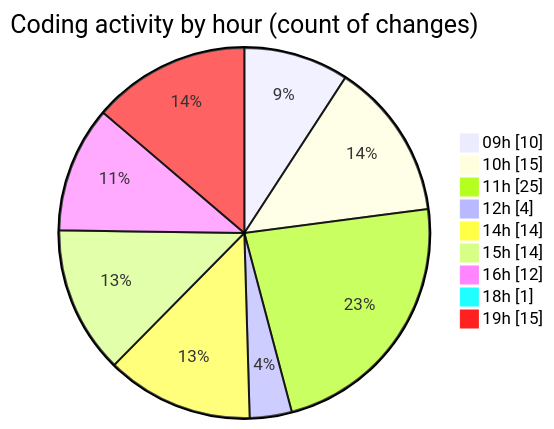
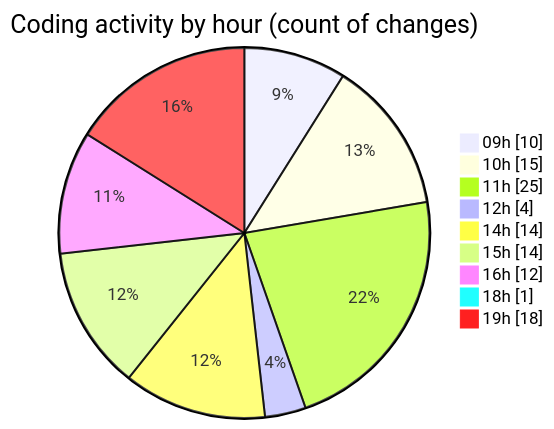
Before and after one commit to MatusMokan/code-tracking: the second of 2 diagrams in 2025-03-21/myws__workspace_/README.md, drawn with Mermaid. The commit also changed other lines of this file and 1 other file, not shown here.

````diff
--- a/2025-03-21/myws__workspace_/README.md
+++ b/2025-03-21/myws__workspace_/README.md
@@ -35,13 +35,13 @@
 ```mermaid
 pie showData
 title Coding activity by hour (count of changes)
 "09h" : 10
 "10h" : 15
 "11h" : 25
 "12h" : 4
 "14h" : 14
 "15h" : 14
 "16h" : 12
 "18h" : 1
-"19h" : 15
+"19h" : 18
 ```
````
